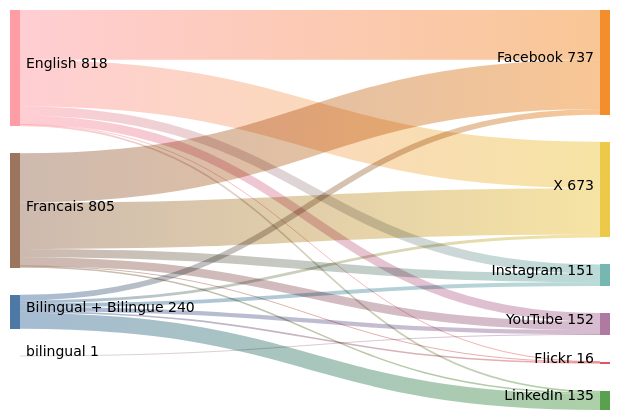
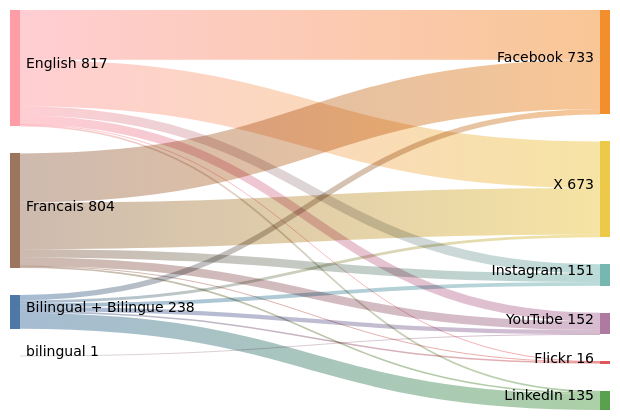
Before and after one commit to PatLittle/GC-Socials: the diagram in sankey_diagram.md, drawn with Mermaid (forest theme).

Commit message:
Update Sankey diagram for the most recent day

````diff
--- a/sankey_diagram.md
+++ b/sankey_diagram.md
@@ -1,22 +1,22 @@
 ```mermaid
 sankey-beta
-  Bilingual + Bilingue,Facebook,40
+  Bilingual + Bilingue,Facebook,38
   Bilingual + Bilingue,Flickr,11
   Bilingual + Bilingue,Instagram,27
   Bilingual + Bilingue,LinkedIn,112
   Bilingual + Bilingue,X,20
   Bilingual + Bilingue,YouTube,30
-  English,Facebook,350
+  English,Facebook,349
   English,Flickr,3
   English,Instagram,65
   English,LinkedIn,12
   English,X,327
   English,YouTube,61
-  Francais,Facebook,347
+  Francais,Facebook,346
   Francais,Flickr,2
   Francais,Instagram,59
   Francais,LinkedIn,11
   Francais,X,326
   Francais,YouTube,60
   bilingual,YouTube,1
 ```
````
